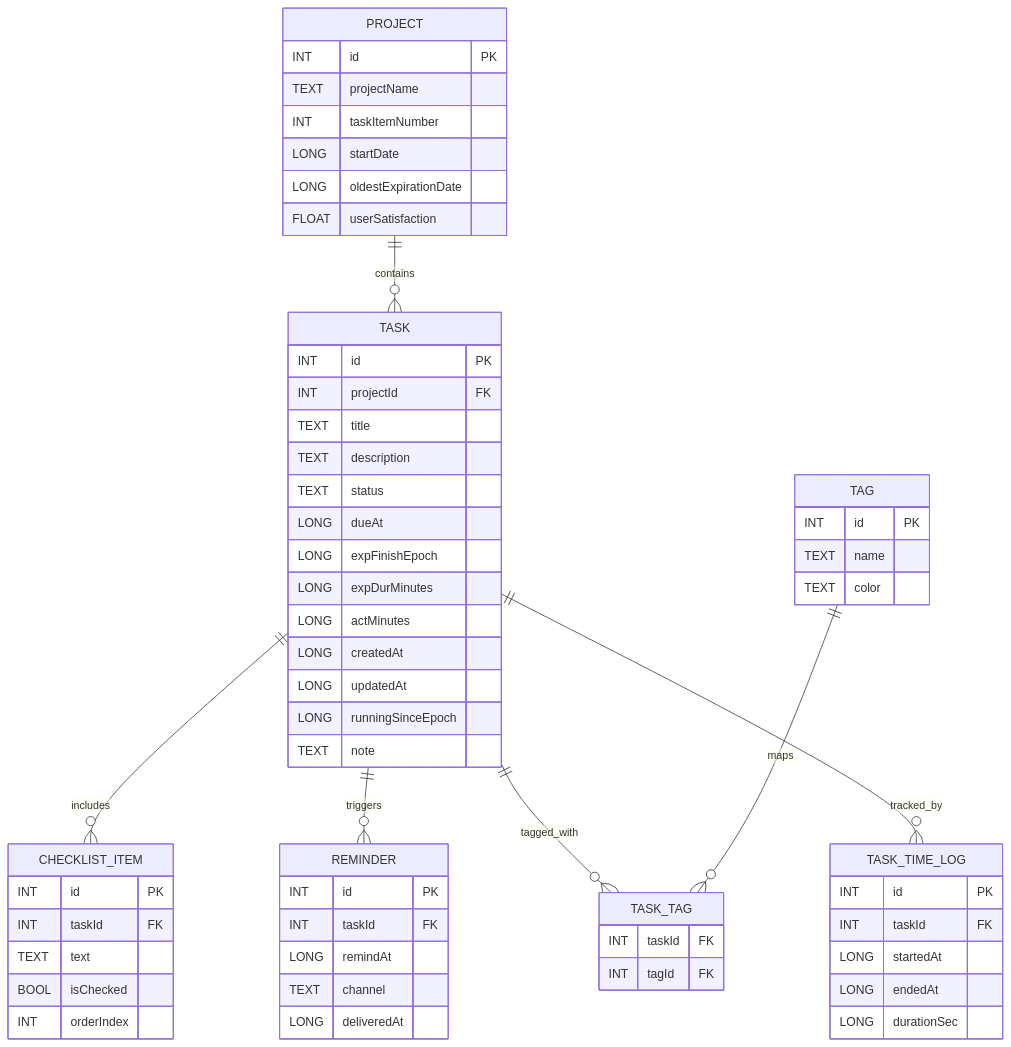
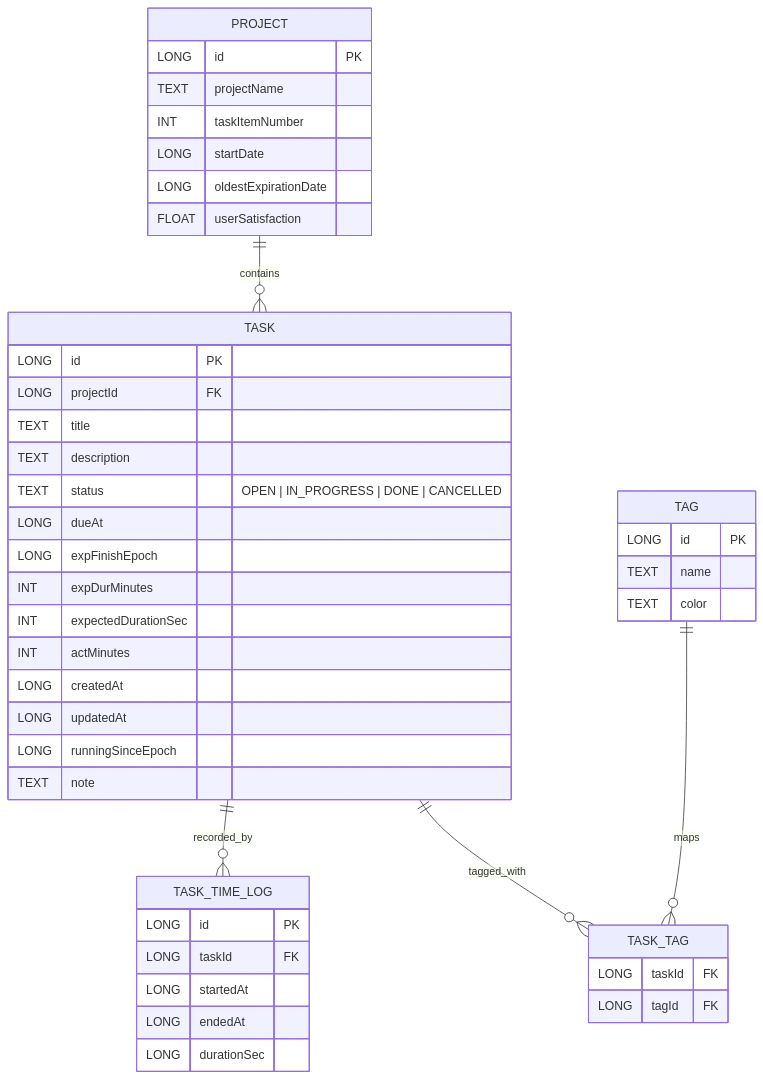
One commit to brt4c3/android_todo_app changed the fourth of 4 diagrams in README.md. Above: the diagram before and after it, drawn with Mermaid. The commit also changed other lines of this file, not shown here.

````diff
--- a/README.md
+++ b/README.md
@@ -55,63 +214,48 @@
 ```mermaid
 erDiagram
   PROJECT {
-    INT id PK
+    LONG id PK
     TEXT projectName
-    INT taskItemNumber
+    INT  taskItemNumber
     LONG startDate
     LONG oldestExpirationDate
     FLOAT userSatisfaction
   }
   TASK {
-    INT id PK
-    INT projectId FK
+    LONG id PK
+    LONG projectId FK
     TEXT title
     TEXT description
-    TEXT status
+    TEXT status "OPEN | IN_PROGRESS | DONE | CANCELLED"
     LONG dueAt
     LONG expFinishEpoch
-    LONG expDurMinutes
-    LONG actMinutes
+    INT  expDurMinutes
+    INT  expectedDurationSec
+    INT  actMinutes
     LONG createdAt
     LONG updatedAt
     LONG runningSinceEpoch
     TEXT note
   }
   TASK_TIME_LOG {
-    INT id PK
-    INT taskId FK
+    LONG id PK
+    LONG taskId FK
     LONG startedAt
     LONG endedAt
     LONG durationSec
   }
-  CHECKLIST_ITEM {
-    INT id PK
-    INT taskId FK
-    TEXT text
-    BOOL isChecked
-    INT orderIndex
-  }
-  REMINDER {
-    INT id PK
-    INT taskId FK
-    LONG remindAt
-    TEXT channel
-    LONG deliveredAt
-  }
   TAG {
-    INT id PK
+    LONG id PK
     TEXT name
     TEXT color
   }
   TASK_TAG {
-    INT taskId FK
-    INT tagId FK
+    LONG taskId FK
+    LONG tagId FK
   }
 
   PROJECT ||--o{ TASK : contains
-  TASK ||--o{ CHECKLIST_ITEM : includes
-  TASK ||--o{ REMINDER : triggers
+  TASK ||--o{ TASK_TIME_LOG : recorded_by
   TASK ||--o{ TASK_TAG : tagged_with
-  TASK ||--o{ TASK_TIME_LOG : tracked_by
-  TAG ||--o{ TASK_TAG : maps
+  TAG  ||--o{ TASK_TAG : maps
 ```
````
